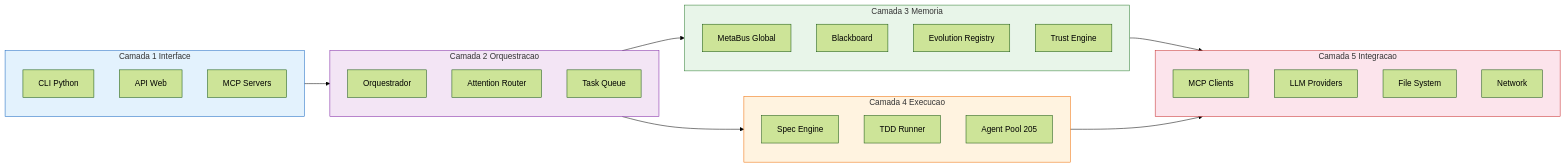
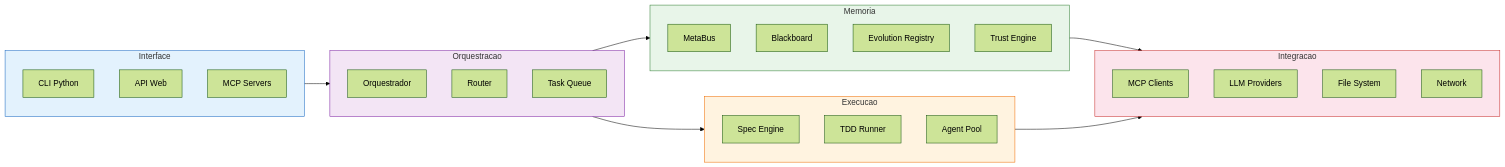
The third of 22 diagrams in README.md (MarceloClaro/opencode-ecosystem-core), drawn with Mermaid (forest theme) before and after one commit. The commit also changed other lines of this file, not shown here.

First line of the commit message:
fix(docs): fix all Mermaid diagrams rendering errors

````diff
--- a/README.md
+++ b/README.md
@@ -254,46 +254,46 @@
 ```mermaid
 flowchart LR
-    subgraph L1[Camada 1 Interface]
+    subgraph C1[Interface]
         CLI2[CLI Python]
         WEB[API Web]
         MCP2[MCP Servers]
     end
 
-    subgraph L2[Camada 2 Orquestracao]
+    subgraph C2[Orquestracao]
         ORQ2[Orquestrador]
-        ROUTE[Attention Router]
+        ROUTE[Router]
         QUEUE[Task Queue]
     end
 
-    subgraph L3[Camada 3 Memoria]
-        MB[MetaBus Global]
+    subgraph C3[Memoria]
+        MB[MetaBus]
         BB2[Blackboard]
         EVO[Evolution Registry]
         TRUST[Trust Engine]
     end
 
-    subgraph L4[Camada 4 Execucao]
+    subgraph C4[Execucao]
         SDD2[Spec Engine]
         TDD2[TDD Runner]
-        AG2[Agent Pool 205]
+        AG2[Agent Pool]
     end
 
-    subgraph L5[Camada 5 Integracao]
+    subgraph C5[Integracao]
         MCP3[MCP Clients]
         LLM[LLM Providers]
         FS[File System]
         NET[Network]
     end
 
-    L1 --> L2
-    L2 --> L3
-    L2 --> L4
-    L3 --> L5
-    L4 --> L5
+    C1 --> C2
+    C2 --> C3
+    C2 --> C4
+    C3 --> C5
+    C4 --> C5
 
-    style L1 fill:#e3f2fd,stroke:#1565c0
-    style L2 fill:#f3e5f5,stroke:#7b1fa2
-    style L3 fill:#e8f5e9,stroke:#2e7d32
-    style L4 fill:#fff3e0,stroke:#ef6c00
-    style L5 fill:#fce4ec,stroke:#c62828
+    style C1 fill:#e3f2fd,stroke:#1565c0
+    style C2 fill:#f3e5f5,stroke:#7b1fa2
+    style C3 fill:#e8f5e9,stroke:#2e7d32
+    style C4 fill:#fff3e0,stroke:#ef6c00
+    style C5 fill:#fce4ec,stroke:#c62828
 ```
````
